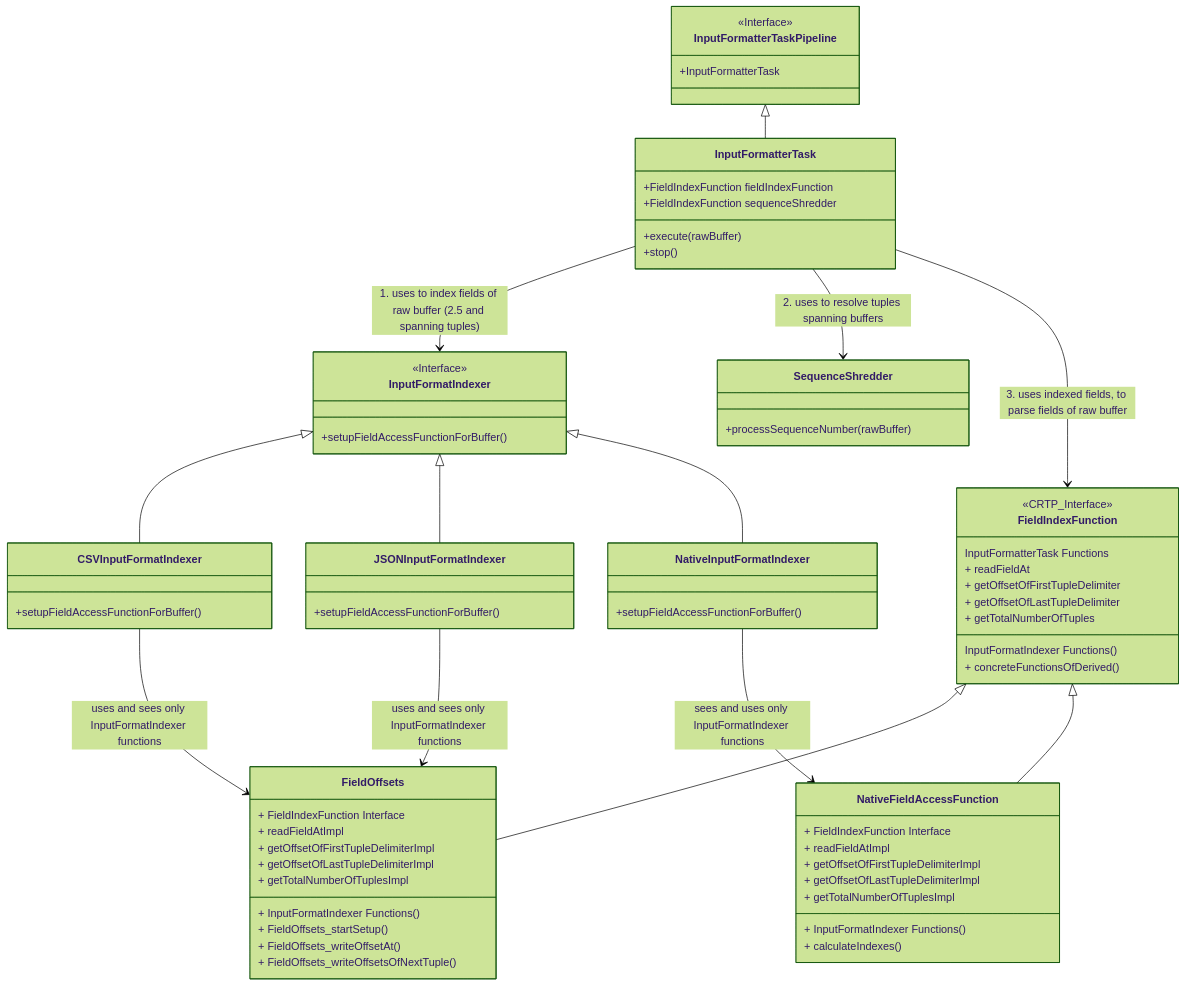
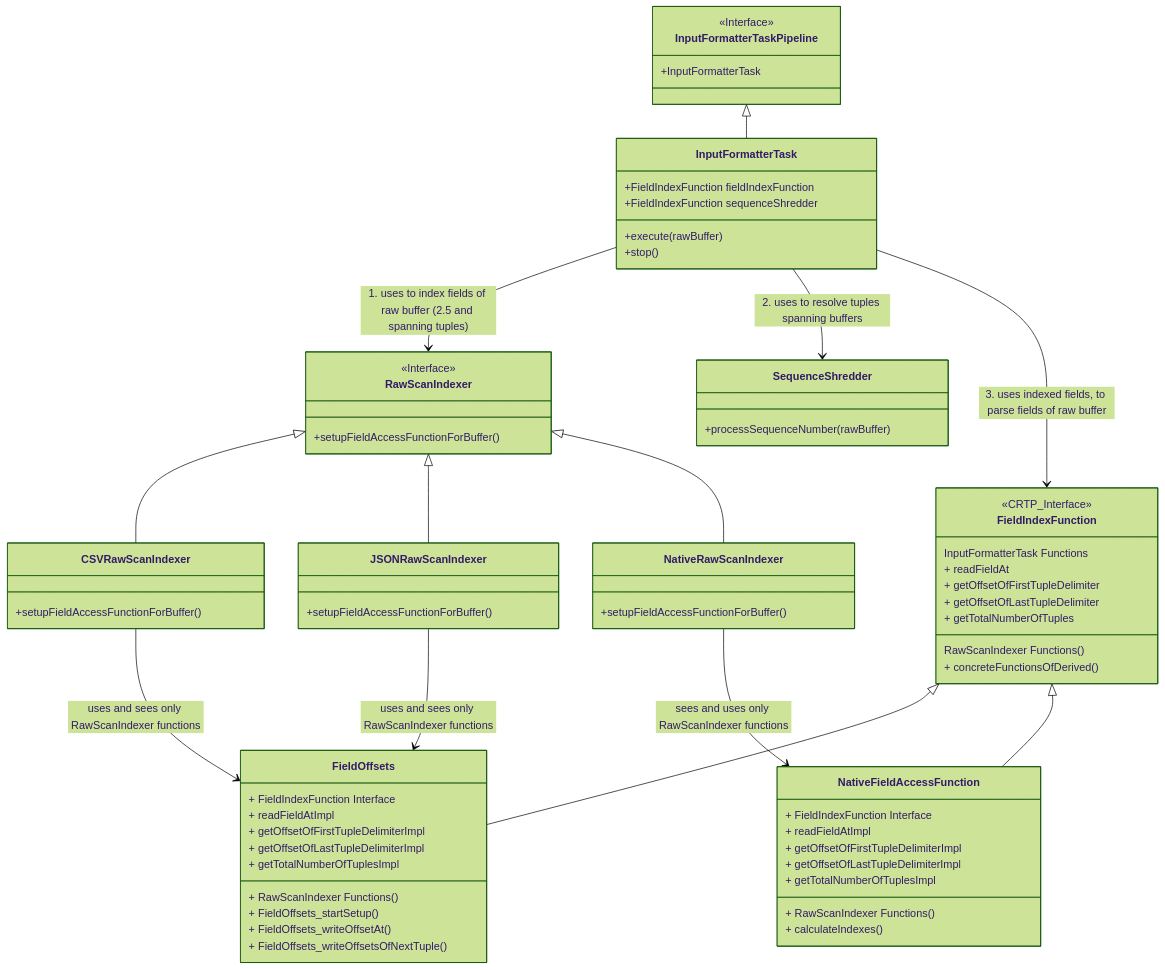
Before and after one commit to nebulastream/nebulastream: the third of 3 diagrams in nes-scan/README.md, drawn with Mermaid (forest theme). The commit also changed other lines of this file and 78 other files, not shown here.

First line of the commit message:
fix(nes-scan): enables extending raw-scan via library

````diff
--- a/nes-scan/README.md
+++ b/nes-scan/README.md
@@ -170,71 +170,71 @@
 ```mermaid
 classDiagram
     InputFormatterTaskPipeline <|-- InputFormatterTask
-    InputFormatterTask --> InputFormatIndexer: 1. uses to index fields of raw buffer (2.5 and spanning tuples)
+    InputFormatterTask --> RawScanIndexer: 1. uses to index fields of raw buffer (2.5 and spanning tuples)
     InputFormatterTask --> SequenceShredder: 2. uses to resolve tuples spanning buffers
     InputFormatterTask --> FieldIndexFunction: 3. uses indexed fields, to parse fields of raw buffer
-    CSVInputFormatIndexer --> FieldOffsets: uses and sees only InputFormatIndexer functions
-    JSONInputFormatIndexer --> FieldOffsets: uses and sees only InputFormatIndexer functions
-    NativeInputFormatIndexer --> NativeFieldAccessFunction: sees and uses only InputFormatIndexer functions
+    CSVRawScanIndexer --> FieldOffsets: uses and sees only RawScanIndexer functions
+    JSONRawScanIndexer --> FieldOffsets: uses and sees only RawScanIndexer functions
+    NativeRawScanIndexer --> NativeFieldAccessFunction: sees and uses only RawScanIndexer functions
     FieldIndexFunction <|-- FieldOffsets
     FieldIndexFunction <|-- NativeFieldAccessFunction
-    InputFormatIndexer <|-- CSVInputFormatIndexer
-    InputFormatIndexer <|-- JSONInputFormatIndexer
-    InputFormatIndexer <|-- NativeInputFormatIndexer
+    RawScanIndexer <|-- CSVRawScanIndexer
+    RawScanIndexer <|-- JSONRawScanIndexer
+    RawScanIndexer <|-- NativeRawScanIndexer
     class InputFormatterTaskPipeline {
         <<Interface>>
         +InputFormatterTask
     }
     class InputFormatterTask {
         +FieldIndexFunction fieldIndexFunction
         +FieldIndexFunction sequenceShredder
         +execute(rawBuffer)
         +stop()
     }
     class SequenceShredder {
         +processSequenceNumber(rawBuffer)
     }
     class FieldIndexFunction {
         <<CRTP_Interface>>
         InputFormatterTask Functions
         + readFieldAt
         + getOffsetOfFirstTupleDelimiter
         + getOffsetOfLastTupleDelimiter
         + getTotalNumberOfTuples
-        InputFormatIndexer Functions()
+        RawScanIndexer Functions()
         + concreteFunctionsOfDerived()
     }
-    class InputFormatIndexer {
+    class RawScanIndexer {
         <<Interface>>
         +setupFieldAccessFunctionForBuffer()
     }
     class FieldOffsets {
         + FieldIndexFunction Interface
         + readFieldAtImpl
         + getOffsetOfFirstTupleDelimiterImpl
         + getOffsetOfLastTupleDelimiterImpl
         + getTotalNumberOfTuplesImpl
-        + InputFormatIndexer Functions()
+        + RawScanIndexer Functions()
         + FieldOffsets_startSetup()
         + FieldOffsets_writeOffsetAt()
         + FieldOffsets_writeOffsetsOfNextTuple()
     }
     class NativeFieldAccessFunction {
         + FieldIndexFunction Interface
         + readFieldAtImpl
         + getOffsetOfFirstTupleDelimiterImpl
         + getOffsetOfLastTupleDelimiterImpl
         + getTotalNumberOfTuplesImpl
-        + InputFormatIndexer Functions()
+        + RawScanIndexer Functions()
         + calculateIndexes()
     }
-    class CSVInputFormatIndexer {
+    class CSVRawScanIndexer {
         +setupFieldAccessFunctionForBuffer()
     }
-    class JSONInputFormatIndexer {
+    class JSONRawScanIndexer {
         +setupFieldAccessFunctionForBuffer()
     }
-    class NativeInputFormatIndexer {
+    class NativeRawScanIndexer {
         +setupFieldAccessFunctionForBuffer()
     }
 ```
````
